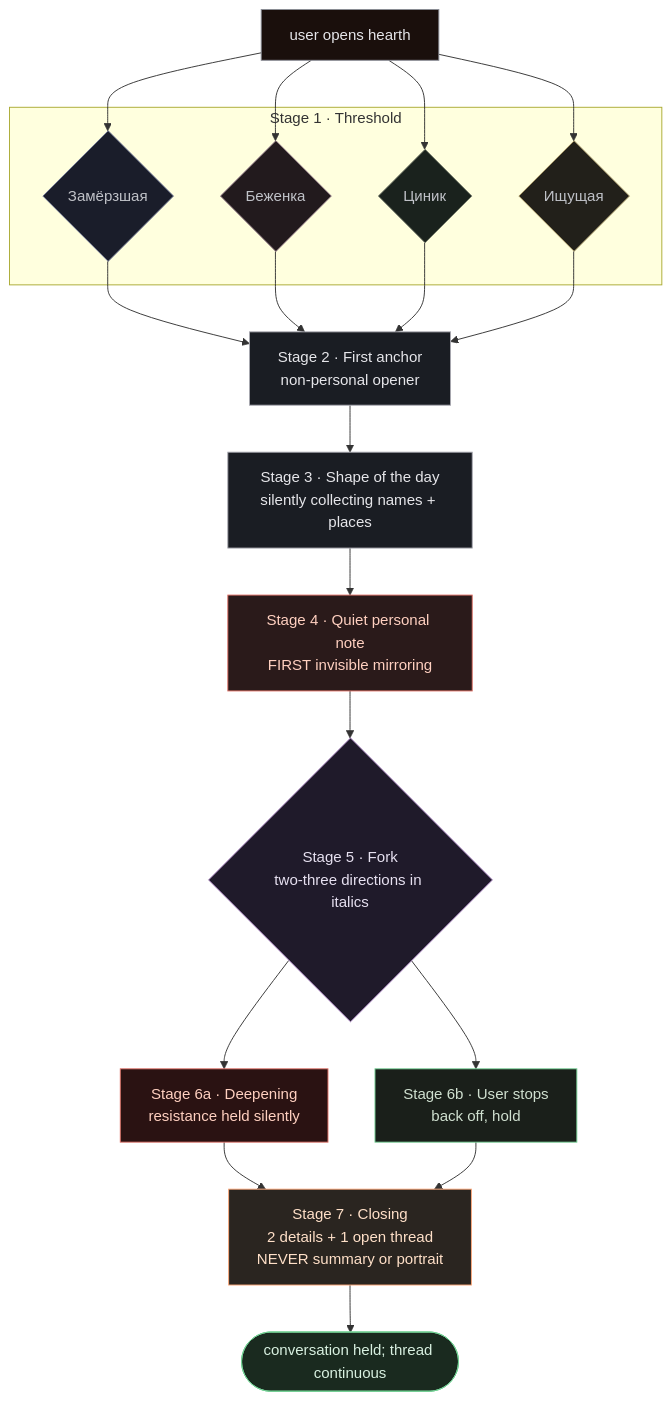
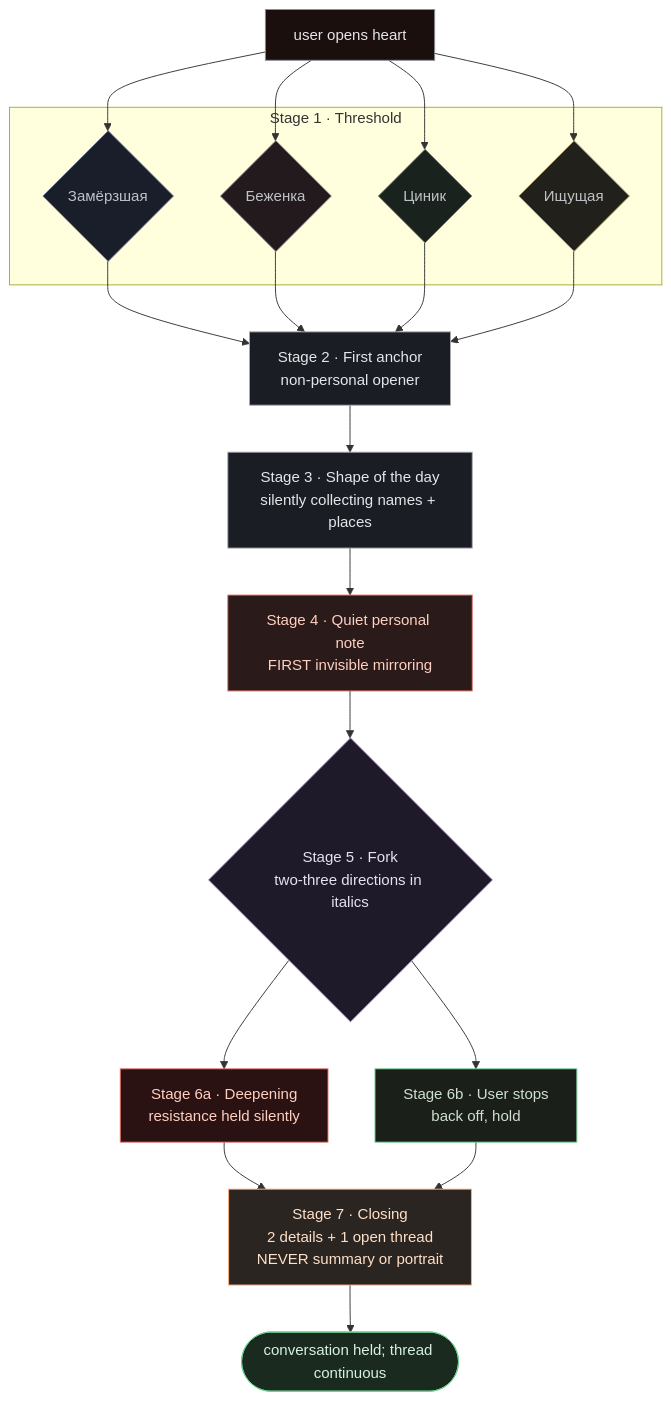
One commit to nikshilov/hearth changed the diagram in cartographer/JOURNEY.md. Above: the diagram before and after it, drawn with Mermaid. The commit also changed other lines of this file and 33 other files, not shown here.

First line of the commit message:
rebrand: Hearth → Heart (folder + all content)

````diff
--- a/cartographer/JOURNEY.md
+++ b/cartographer/JOURNEY.md
@@ -245,53 +245,53 @@
 ```mermaid
 flowchart TB
-    Start[user opens hearth]:::neutral
+    Start[user opens heart]:::neutral
 
     subgraph thresholds [Stage 1 · Threshold]
         T1{Замёрзшая}:::cold
         T2{Беженка}:::tepid
         T3{Циник}:::cool
         T4{Ищущая}:::warm
     end
 
     Start --> T1 & T2 & T3 & T4
 
     A[Stage 2 · First anchor<br/>non-personal opener]:::stage
     T1 --> A
     T2 --> A
     T3 --> A
     T4 --> A
 
     B[Stage 3 · Shape of the day<br/>silently collecting names + places]:::stage
     A --> B
 
     C[Stage 4 · Quiet personal note<br/>FIRST invisible mirroring]:::seen
     B --> C
 
     D{Stage 5 · Fork<br/>two-three directions in italics}:::choice
     C --> D
 
     E1[Stage 6a · Deepening<br/>resistance held silently]:::deep
     E2[Stage 6b · User stops<br/>back off, hold]:::hold
     D --> E1
     D --> E2
 
     F[Stage 7 · Closing<br/>2 details + 1 open thread<br/>NEVER summary or portrait]:::close
 
     E1 --> F
     E2 --> F
 
     F --> Seen([conversation held; thread continuous]):::final
 
     classDef neutral fill:#1a0f0c,stroke:#8a8d96,color:#e6e6ea
     classDef cold fill:#1a1d2a,stroke:#6a7090,color:#c0c2c8
     classDef tepid fill:#221a1d,stroke:#8a7080,color:#c0c2c8
     classDef cool fill:#1a221d,stroke:#7a8070,color:#c0c2c8
     classDef warm fill:#22201a,stroke:#a09060,color:#c0c2c8
     classDef stage fill:#1a1d23,stroke:#a8a8b0,color:#e6e6ea
     classDef seen fill:#2a1a1a,stroke:#e07268,color:#ffd0c0
     classDef choice fill:#1f1a2a,stroke:#a880c0,color:#e6e0f0
     classDef deep fill:#2a1212,stroke:#e07268,color:#ffd0c0
     classDef hold fill:#1a1f1a,stroke:#74d195,color:#d0e0d0
     classDef close fill:#2a2520,stroke:#ffa97a,color:#ffe0c8
     classDef final fill:#1a2a1f,stroke:#74d195,color:#d8f0e0
 ```
````
